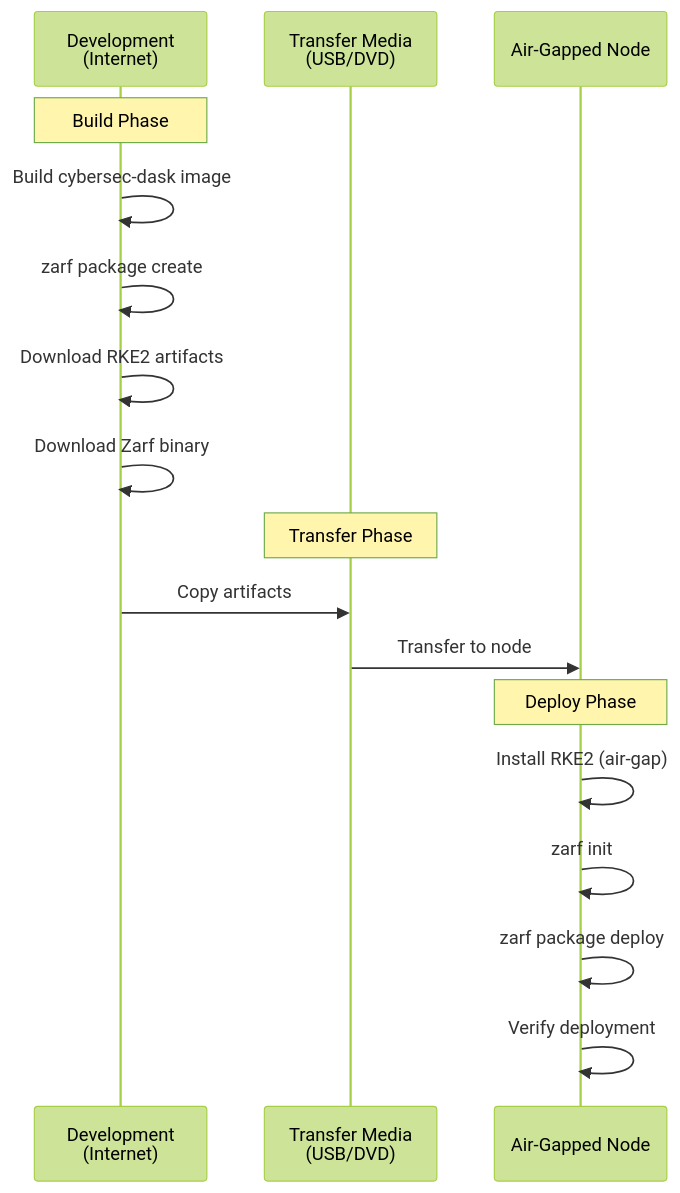
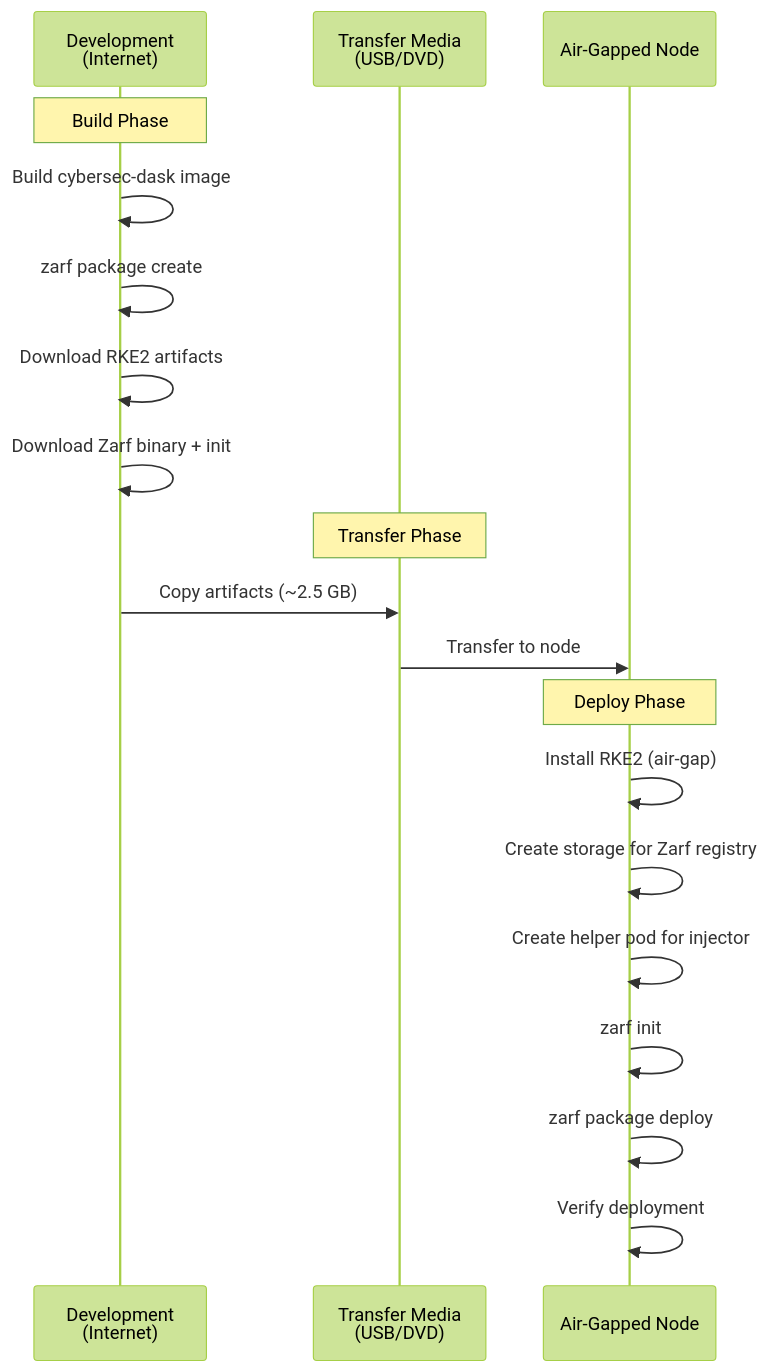
One commit to rch/cldr-cybersec changed the second of 2 diagrams in zarf/README.md. Above: the diagram before and after it, drawn with Mermaid (forest theme). The commit also changed other lines of this file and 1 other file, not shown here.

First line of the commit message:
Update Zarf README with quickstart and add deployment verification script

````diff
--- a/zarf/README.md
+++ b/zarf/README.md
@@ -73,22 +218,24 @@
 ```mermaid
 sequenceDiagram
     participant DEV as Development<br/>(Internet)
     participant MEDIA as Transfer Media<br/>(USB/DVD)
     participant NODE as Air-Gapped Node
 
     Note over DEV: Build Phase
     DEV->>DEV: Build cybersec-dask image
     DEV->>DEV: zarf package create
     DEV->>DEV: Download RKE2 artifacts
-    DEV->>DEV: Download Zarf binary
+    DEV->>DEV: Download Zarf binary + init
 
     Note over MEDIA: Transfer Phase
-    DEV->>MEDIA: Copy artifacts
+    DEV->>MEDIA: Copy artifacts (~2.5 GB)
     MEDIA->>NODE: Transfer to node
 
     Note over NODE: Deploy Phase
     NODE->>NODE: Install RKE2 (air-gap)
+    NODE->>NODE: Create storage for Zarf registry
+    NODE->>NODE: Create helper pod for injector
     NODE->>NODE: zarf init
     NODE->>NODE: zarf package deploy
     NODE->>NODE: Verify deployment
 ```
````
